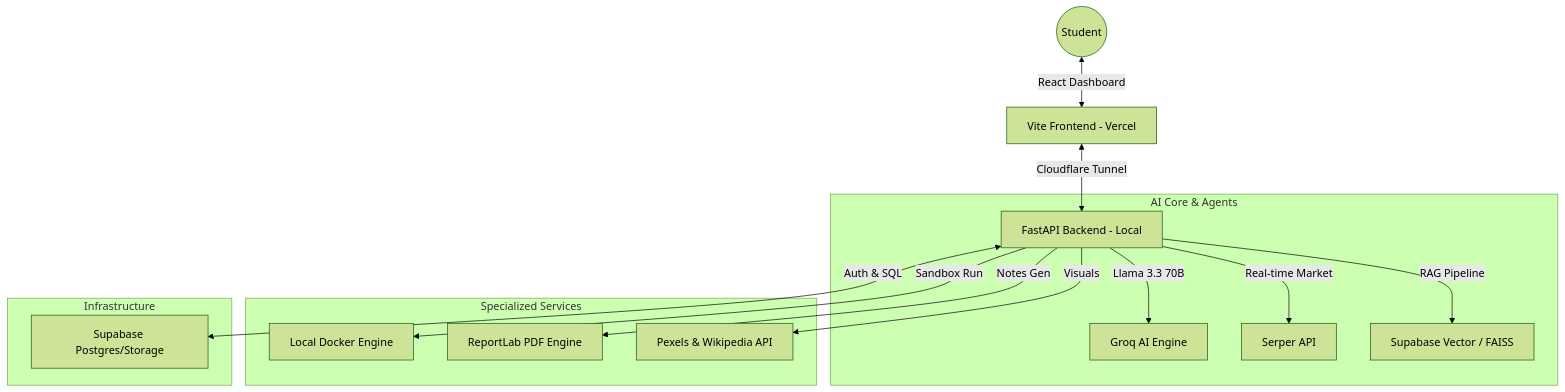
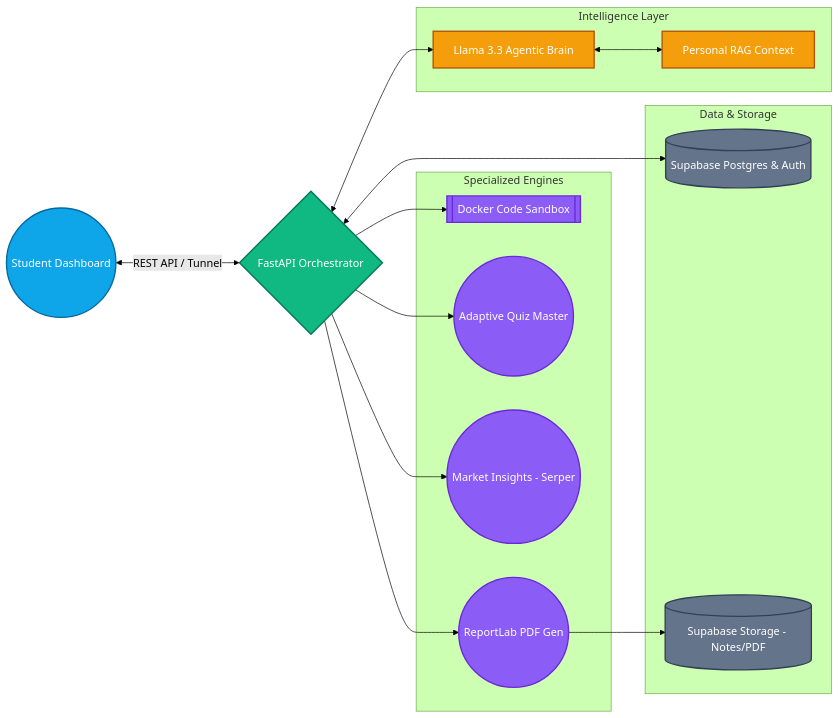
The diagram in README.md (vinaykr8807/EduZyniq), drawn with Mermaid (forest theme) before and after one commit.

Commit message:
Update System Architecture to a colorful, horizontal layout

````diff
--- a/README.md
+++ b/README.md
@@ -39,21 +39,46 @@
 ```mermaid
-graph TD
-    User((Student)) <-->|React Dashboard| Frontend[Vite Frontend - Vercel]
-    Frontend <-->|Cloudflare Tunnel| Backend[FastAPI Backend - Local]
+graph LR
+    %% Styles
+    classDef client fill:#0ea5e9,stroke:#0369a1,color:#fff,stroke-width:2px;
+    classDef api fill:#10b981,stroke:#047857,color:#fff,stroke-width:2px;
+    classDef ai fill:#f59e0b,stroke:#b45309,color:#fff,stroke-width:2px;
+    classDef engine fill:#8b5cf6,stroke:#6d28d9,color:#fff,stroke-width:2px;
+    classDef infra fill:#64748b,stroke:#334155,color:#fff,stroke-width:2px;
+
+    %% Nodes
+    User((Student Dashboard)):::client
+    Backend{FastAPI Orchestrator}:::api
     
-    subgraph "AI Core & Agents"
-        Backend -->|Llama 3.3 70B| LLM[Groq AI Engine]
-        Backend -->|Real-time Market| Serper[Serper API]
-        Backend -->|RAG Pipeline| VectorBD[Supabase Vector / FAISS]
+    subgraph "Intelligence Layer"
+        Brain[Llama 3.3 Agentic Brain]:::ai
+        RAG[Personal RAG Context]:::ai
     end
     
-    subgraph "Specialized Services"
-        Backend -->|Sandbox Run| Docker[Local Docker Engine]
-        Backend -->|Notes Gen| PDFGen[ReportLab PDF Engine]
-        Backend -->|Visuals| PexelsWiki[Pexels & Wikipedia API]
+    subgraph "Specialized Engines"
+        Docker[[Docker Code Sandbox]]:::engine
+        Quiz((Adaptive Quiz Master)):::engine
+        Market((Market Insights - Serper)):::engine
+        PDF_Engine((ReportLab PDF Gen)):::engine
     end
     
-    subgraph "Infrastructure"
-        Backend <-->|Auth & SQL| Supabase[Supabase Postgres/Storage]
+    subgraph "Data & Storage"
+        Supabase[(Supabase Postgres & Auth)]:::infra
+        S3[(Supabase Storage - Notes/PDF)]:::infra
     end
+
+    %% Connections
+    User <-->|REST API / Tunnel| Backend
+    Backend <--> Brain
+    Brain <--> RAG
+    
+    Backend --> Docker
+    Backend --> Quiz
+    Backend --> Market
+    Backend --> PDF_Engine
+    
+    Backend <--> Supabase
+    PDF_Engine --> S3
+    
+    %% Direction
+    direction LR
 ```
````
